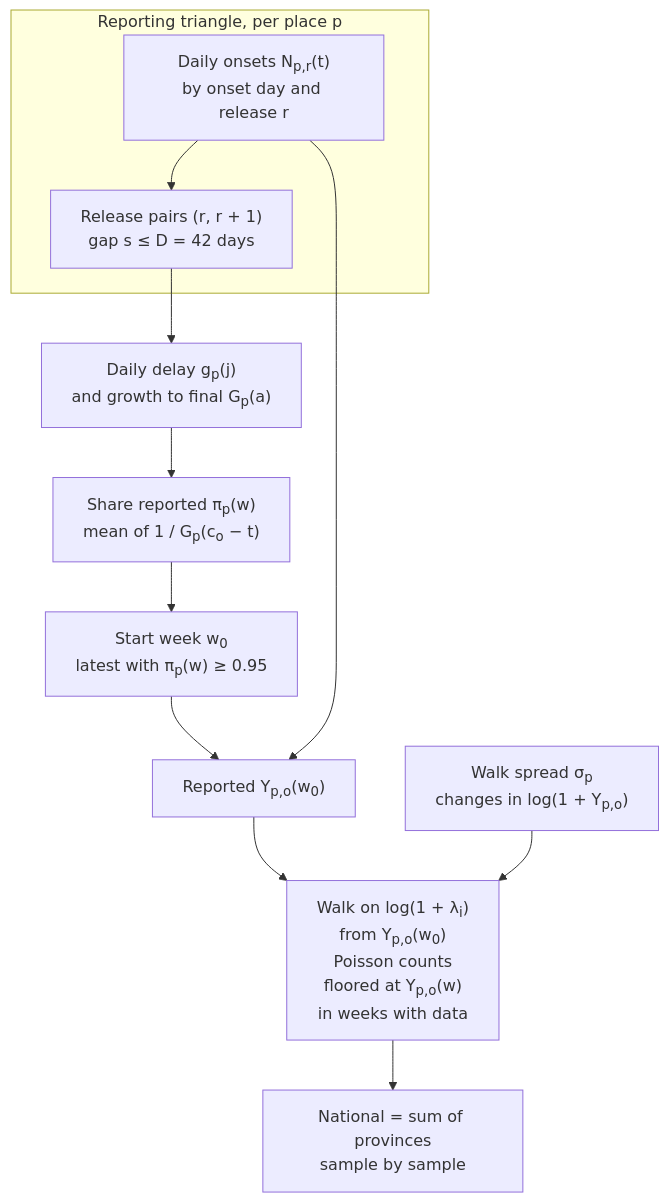
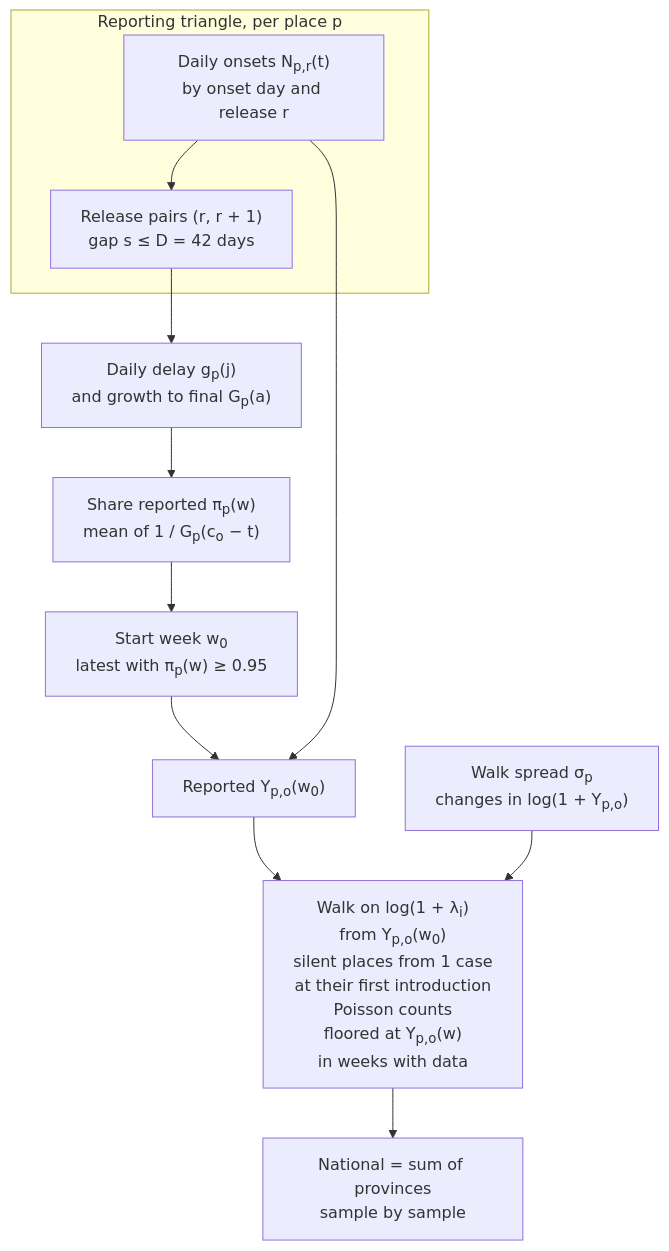
Before and after one commit to seabbs/BDBVHubRenewal: the second of 2 diagrams in docs/methods/baselines.md, drawn with Mermaid. The commit also changed other lines of this file and 4 other files, not shown here.

First line of the commit message:
Nowcast hub weeks with apply_delay and walk silent places from introductions

````diff
--- a/docs/methods/baselines.md
+++ b/docs/methods/baselines.md
@@ -48,24 +48,24 @@
 ```mermaid
 flowchart TD
     subgraph TRI["Reporting triangle, per place p"]
         SNAP["Daily onsets N<sub>p,r</sub>(t)<br/>by onset day and release r"]
         PAIR["Release pairs (r, r + 1)<br/>gap s ≤ D = 42 days"]
     end
     DEL["Daily delay g<sub>p</sub>(j)<br/>and growth to final G<sub>p</sub>(a)"]
     PI["Share reported π<sub>p</sub>(w)<br/>mean of 1 / G<sub>p</sub>(c<sub>o</sub> − t)"]
     W0["Start week w<sub>0</sub><br/>latest with π<sub>p</sub>(w) ≥ 0.95"]
     Y["Reported Y<sub>p,o</sub>(w<sub>0</sub>)"]
     SIG["Walk spread σ<sub>p</sub><br/>changes in log(1 + Y<sub>p,o</sub>)"]
-    W["Walk on log(1 + λ<sub>i</sub>)<br/>from Y<sub>p,o</sub>(w<sub>0</sub>)<br/>Poisson counts<br/>floored at Y<sub>p,o</sub>(w)<br/>in weeks with data"]
+    W["Walk on log(1 + λ<sub>i</sub>)<br/>from Y<sub>p,o</sub>(w<sub>0</sub>)<br/>silent places from 1 case<br/>at their first introduction<br/>Poisson counts<br/>floored at Y<sub>p,o</sub>(w)<br/>in weeks with data"]
     NAT["National = sum of provinces<br/>sample by sample"]
 
     SNAP --> PAIR
     PAIR --> DEL
     DEL --> PI
     PI --> W0
     W0 --> Y
     SNAP --> Y
     Y --> W
     SIG --> W
     W --> NAT
 ```
````
